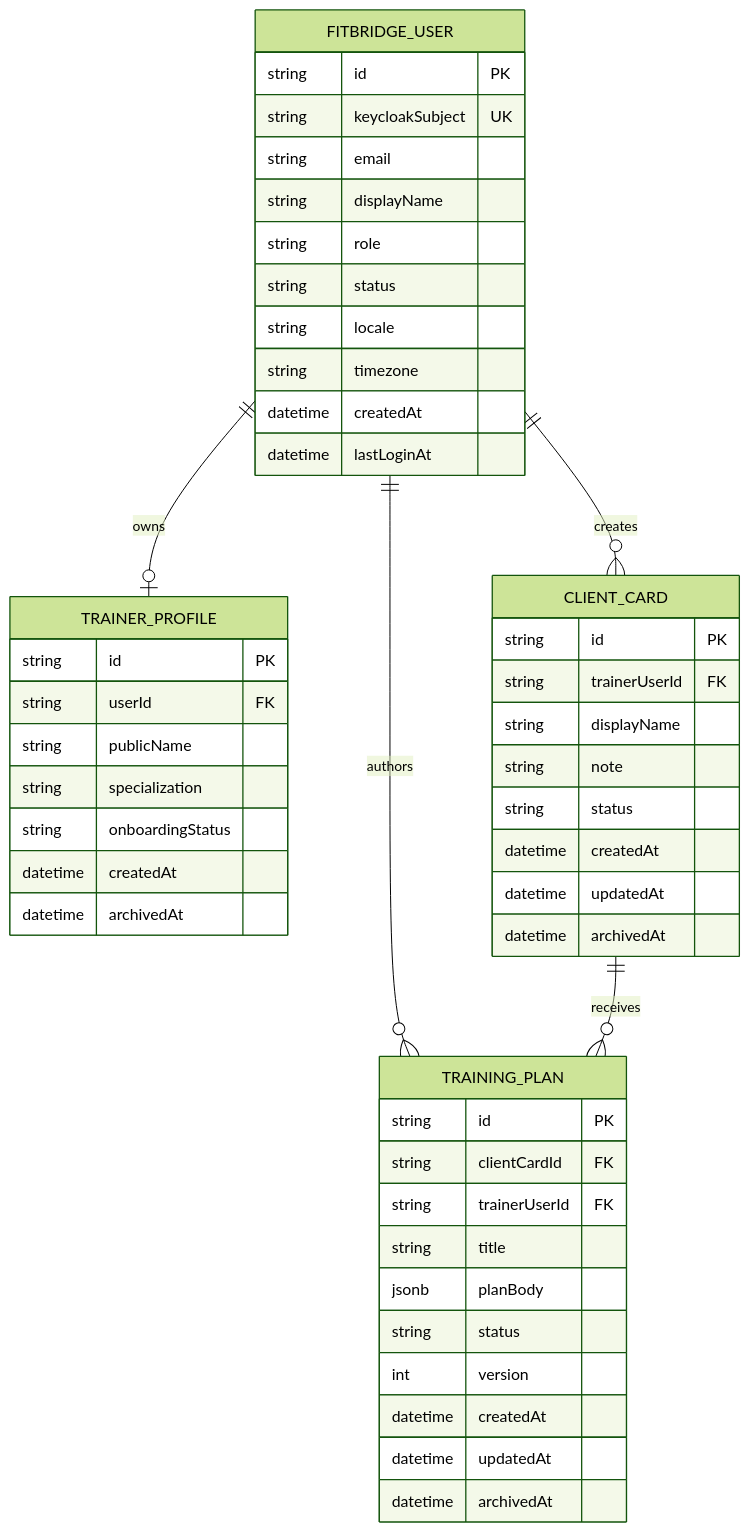
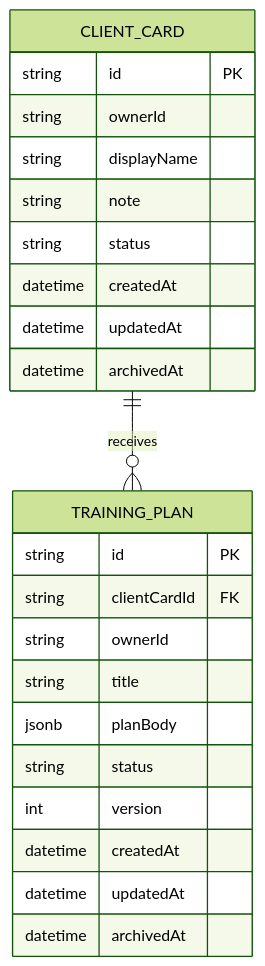
One commit to MartyanovAV/otuskotlin changed the diagram in docs/03-architecture/ERD.md. Above: the diagram before and after it, drawn with Mermaid (forest theme). The commit also changed other lines of this file and 100 other files, not shown here.

````diff
--- a/docs/03-architecture/ERD.md
+++ b/docs/03-architecture/ERD.md
@@ -16,54 +16,28 @@
 ```mermaid
 erDiagram
-    FITBRIDGE_USER ||--o| TRAINER_PROFILE : owns
-    FITBRIDGE_USER ||--o{ CLIENT_CARD : creates
-    FITBRIDGE_USER ||--o{ TRAINING_PLAN : authors
     CLIENT_CARD ||--o{ TRAINING_PLAN : receives
-
-    FITBRIDGE_USER {
-        string id PK
-        string keycloakSubject UK
-        string email
-        string displayName
-        string role
-        string status
-        string locale
-        string timezone
-        datetime createdAt
-        datetime lastLoginAt
-    }
-
-    TRAINER_PROFILE {
-        string id PK
-        string userId FK
-        string publicName
-        string specialization
-        string onboardingStatus
-        datetime createdAt
-        datetime archivedAt
-    }
 
     CLIENT_CARD {
         string id PK
-        string trainerUserId FK
+        string ownerId
         string displayName
         string note
         string status
         datetime createdAt
         datetime updatedAt
         datetime archivedAt
     }
 
     TRAINING_PLAN {
         string id PK
         string clientCardId FK
-        string trainerUserId FK
+        string ownerId
         string title
         jsonb planBody
         string status
         int version
         datetime createdAt
         datetime updatedAt
         datetime archivedAt
     }
 ```
````
